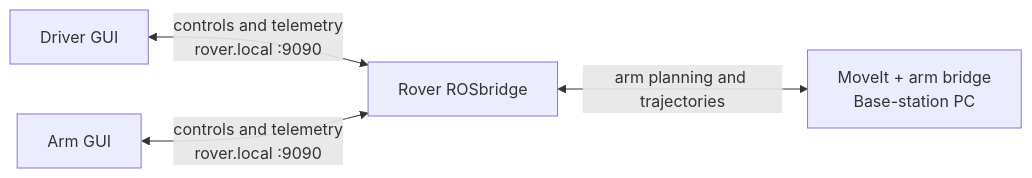
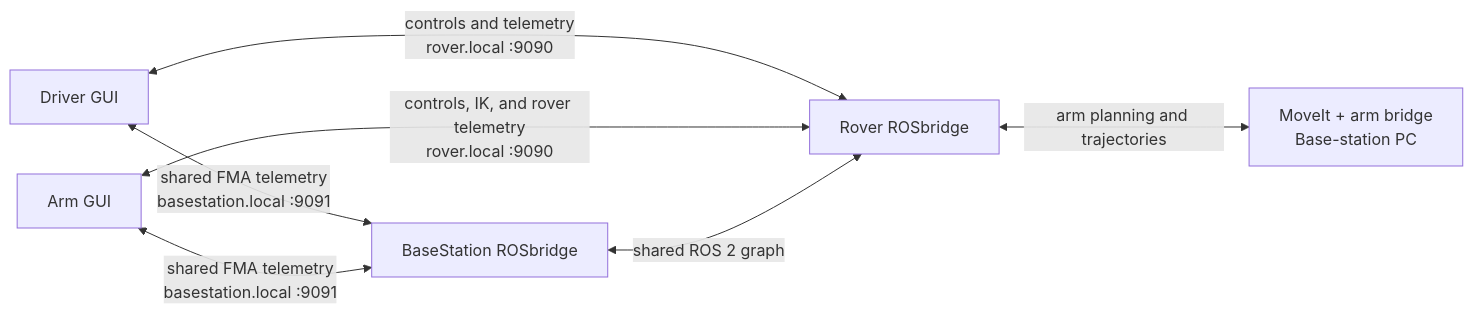
Before and after one commit to deakin-robotics/Chasmata-2027: the first of 2 diagrams in basestation/README.md, drawn with Mermaid. The commit also changed other lines of this file and 46 other files, not shown here.

Commit message:
Add parallel Rover and BaseStation ROS connections

````diff
--- a/basestation/README.md
+++ b/basestation/README.md
@@ -48,6 +49,9 @@
 ```mermaid
 flowchart LR
     driver["Driver GUI"] <-->|"controls and telemetry\nrover.local :9090"| rover["Rover ROSbridge"]
-    arm["Arm GUI"] <-->|"controls and telemetry\nrover.local :9090"| rover
+    arm["Arm GUI"] <-->|"controls, IK, and rover telemetry\nrover.local :9090"| rover
+    driver <-->|"shared FMA telemetry\nbasestation.local :9091"| baseBridge["BaseStation ROSbridge"]
+    arm <-->|"shared FMA telemetry\nbasestation.local :9091"| baseBridge
     rover <-->|"arm planning and trajectories"| moveit["MoveIt + arm bridge\nBase-station PC"]
+    baseBridge <-->|"shared ROS 2 graph"| rover
 ```
````
